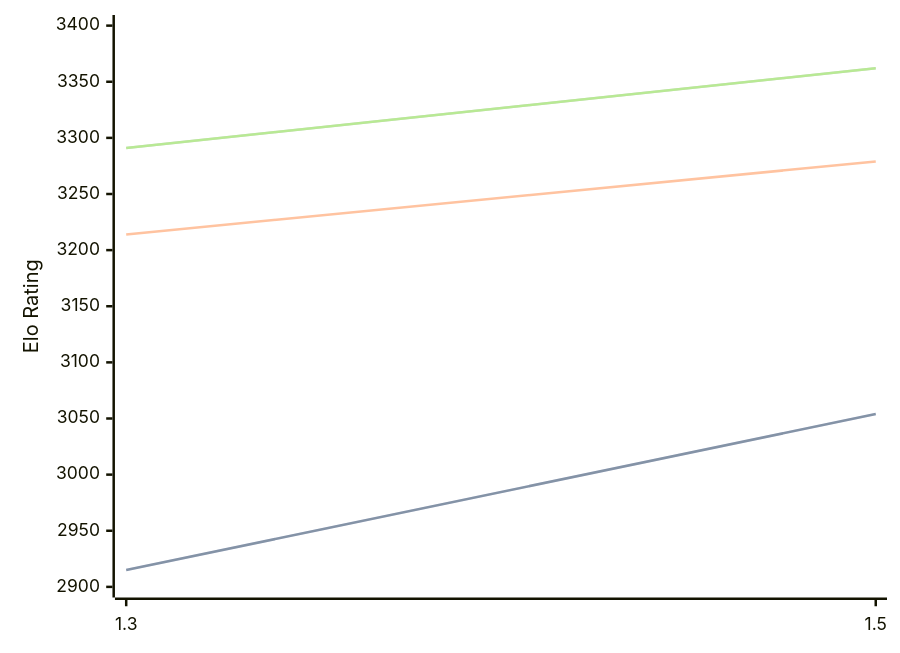
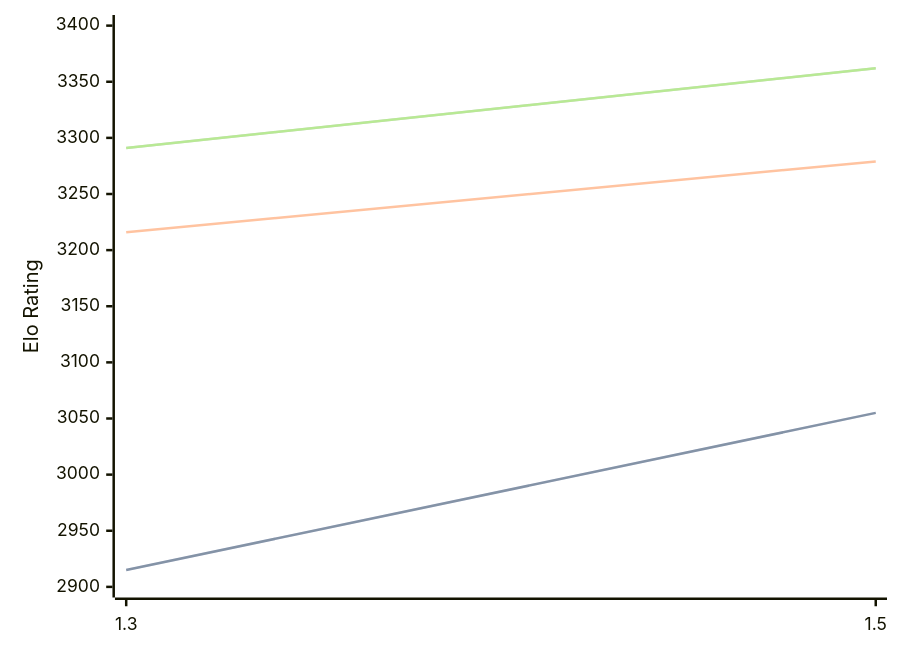
The diagram in engines/Lambergar.md (computer-chess-index/cci), drawn with Mermaid before and after one commit. The commit also changed other lines of this file, not shown here.

````diff
--- a/engines/Lambergar.md
+++ b/engines/Lambergar.md
@@ -32,11 +32,11 @@
 ```mermaid
 %%{init: {"theme":"base","themeVariables":{"seriesColors:['#a3a3a3','#222221','#faa371']}}}%%
 xychart-beta
   x-axis ["1.3", "1.5"]
   y-axis "Elo Rating" 2900 --> 3400
-  line "" [2915, 3054]
-  line "STC (8.0+0.08s)" [2915, 3054]
-  line "LTC (60.0+0.60s)" [3214, 3279]
+  line "" [2915, 3055]
+  line "STC (8.0+0.08s)" [2915, 3055]
+  line "LTC (60.0+0.60s)" [3216, 3279]
   line "" [3291, 3362]
   line "VLTC (2m24s+1.12s)" [3291, 3362]
 ```
````
